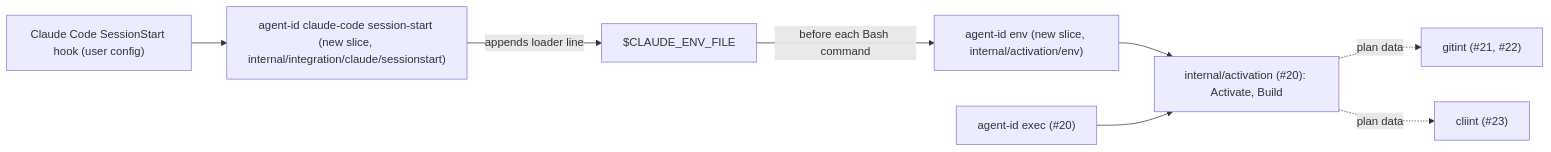
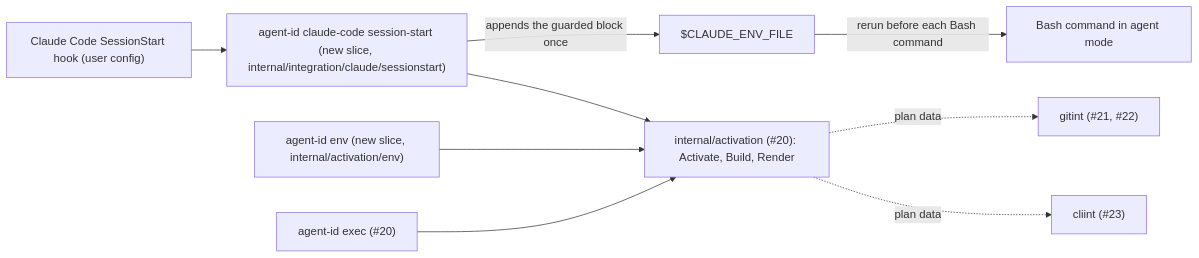
Before and after one commit to cultofthecode/agent-id: the diagram in .ai/specs/2026-11-13-env-claude-session-start.md, drawn with Mermaid. The commit also changed other lines of this file, not shown here.

Commit message:
docs(specs): env spec — static guarded block, fail-as-a-whole render, unshadow, hook fallback fixes from review (#26)

````diff
--- a/.ai/specs/2026-11-13-env-claude-session-start.md
+++ b/.ai/specs/2026-11-13-env-claude-session-start.md
@@ -106,10 +149,11 @@
 ```mermaid
 flowchart LR
     Hook["Claude Code SessionStart hook (user config)"] --> SS["agent-id claude-code session-start (new slice, internal/integration/claude/sessionstart)"]
-    SS -->|appends loader line| EF["$CLAUDE_ENV_FILE"]
-    EF -->|before each Bash command| Env["agent-id env (new slice, internal/activation/env)"]
-    Env --> Act["internal/activation (#20): Activate, Build"]
+    SS -->|appends the guarded block once| EF["$CLAUDE_ENV_FILE"]
+    EF -->|rerun before each Bash command| Cmd["Bash command in agent mode"]
+    Env["agent-id env (new slice, internal/activation/env)"] --> Act["internal/activation (#20): Activate, Build, Render"]
+    SS --> Act
     Exec["agent-id exec (#20)"] --> Act
     Act -.plan data.-> Git["gitint (#21, #22)"]
     Act -.plan data.-> Cli["cliint (#23)"]
 ```
````
